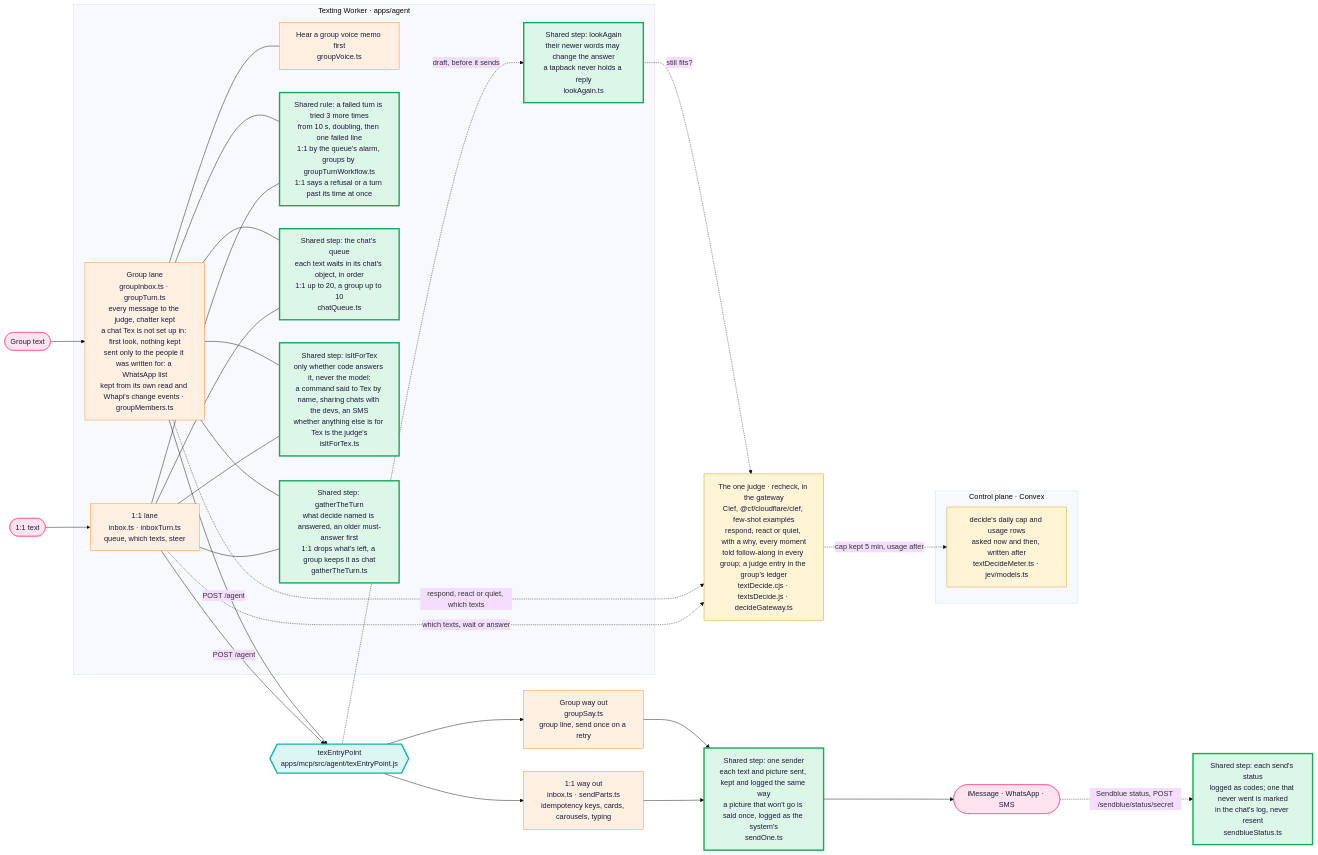
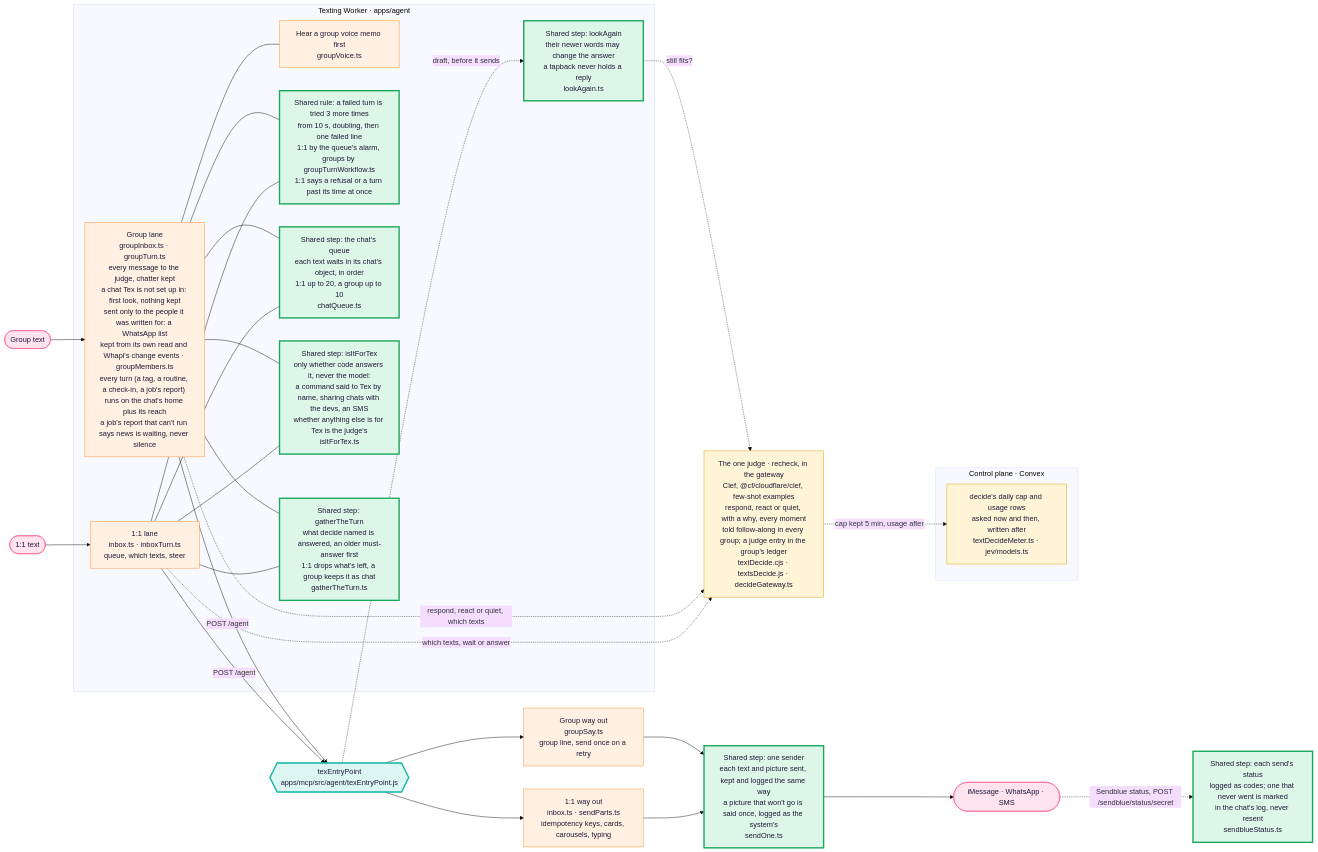
One commit to Supa-Media/context changed the first of 3 diagrams in docs/architecture/tex.md. Above: the diagram before and after it, drawn with Mermaid (base theme). The commit also changed other lines of this file and 15 other files, not shown here.

First line of the commit message:
Tex group chats: one rule for every turn, so a job's report always reaches its chat

````diff
--- a/docs/architecture/tex.md
+++ b/docs/architecture/tex.md
@@ -22,47 +22,47 @@
 ```mermaid
 flowchart LR
   P1([1:1 text]):::you --> W1
   P2([Group text]):::you --> W2
   subgraph Worker["Texting Worker · apps/agent"]
     W1["1:1 lane<br/>inbox.ts · inboxTurn.ts<br/>queue, which texts, steer"]:::pipe
-    W2["Group lane<br/>groupInbox.ts · groupTurn.ts<br/>every message to the judge, chatter kept<br/>a chat Tex is not set up in: first look, nothing kept<br/>sent only to the people it was written for: a WhatsApp list<br/>kept from its own read and Whapi's change events · groupMembers.ts"]:::pipe
+    W2["Group lane<br/>groupInbox.ts · groupTurn.ts<br/>every message to the judge, chatter kept<br/>a chat Tex is not set up in: first look, nothing kept<br/>sent only to the people it was written for: a WhatsApp list<br/>kept from its own read and Whapi's change events · groupMembers.ts<br/>every turn (a tag, a routine, a check-in, a job's report) runs on the chat's home plus its reach<br/>a job's report that can't run says news is waiting, never silence"]:::pipe
     H["Hear a group voice memo first<br/>groupVoice.ts"]:::pipe
     W2 --- H
     LA["Shared step: lookAgain<br/>their newer words may change the answer<br/>a tapback never holds a reply<br/>lookAgain.ts"]:::shared
     RT["Shared rule: a failed turn is tried 3 more times<br/>from 10 s, doubling, then one failed line<br/>1:1 by the queue's alarm, groups by groupTurnWorkflow.ts<br/>1:1 says a refusal or a turn past its time at once"]:::shared
     W1 --- RT
     W2 --- RT
     Q["Shared step: the chat's queue<br/>each text waits in its chat's object, in order<br/>1:1 up to 20, a group up to 10<br/>chatQueue.ts"]:::shared
     W1 --- Q
     W2 --- Q
     FT["Shared step: isItForTex<br/>only whether code answers it, never the model:<br/>a command said to Tex by name, sharing chats with the devs, an SMS<br/>whether anything else is for Tex is the judge's<br/>isItForTex.ts"]:::shared
     W1 --- FT
     W2 --- FT
     GT["Shared step: gatherTheTurn<br/>what decide named is answered, an older must-answer first<br/>1:1 drops what's left, a group keeps it as chat<br/>gatherTheTurn.ts"]:::shared
     W1 --- GT
     W2 --- GT
   end
   D["The one judge · recheck, in the gateway<br/>Clef, @cf/cloudflare/clef, few-shot examples<br/>respond, react or quiet, with a why, every moment<br/>told follow-along in every group; a judge entry in the group's ledger<br/>textDecide.cjs · textsDecide.js · decideGateway.ts"]:::judge
   subgraph Control["Control plane · Convex"]
     CAP["decide's daily cap and usage rows<br/>asked now and then, written after<br/>textDecideMeter.ts · jev/models.ts"]:::judge
   end
   D -. cap kept 5 min, usage after .-> CAP
   W1 -. which texts, wait or answer .-> D
   W2 -. respond, react or quiet, which texts .-> D
   E -. draft, before it sends .-> LA
   LA -. still fits? .-> D
   W1 -->|POST /agent| E
   W2 -->|POST /agent| E
   E{{"texEntryPoint<br/>apps/mcp/src/agent/texEntryPoint.js"}}:::door
   E --> S1["1:1 way out<br/>inbox.ts · sendParts.ts<br/>idempotency keys, cards, carousels, typing"]:::pipe
   E --> S2["Group way out<br/>groupSay.ts<br/>group line, send once on a retry"]:::pipe
   S1 --> SO["Shared step: one sender<br/>each text and picture sent, kept and logged the same way<br/>a picture that won't go is said once, logged as the system's<br/>sendOne.ts"]:::shared
   S2 --> SO
   SO --> Out([iMessage · WhatsApp · SMS]):::you
   Out -. "Sendblue status, POST /sendblue/status/secret" .-> ST["Shared step: each send's status<br/>logged as codes; one that never went is marked<br/>in the chat's log, never resent<br/>sendblueStatus.ts"]:::shared
   classDef you fill:#ffe3ee,stroke:#ff4f8b,color:#1d1838
   classDef pipe fill:#fff0e2,stroke:#ff8a2a,color:#1d1838
   classDef door fill:#dcf7f3,stroke:#11b5a4,stroke-width:3px,color:#1d1838
   classDef judge fill:#fff5d6,stroke:#e09a00,color:#1d1838
   classDef shared fill:#dcf6e7,stroke:#19a75a,stroke-width:3px,color:#1d1838
 ```
````
